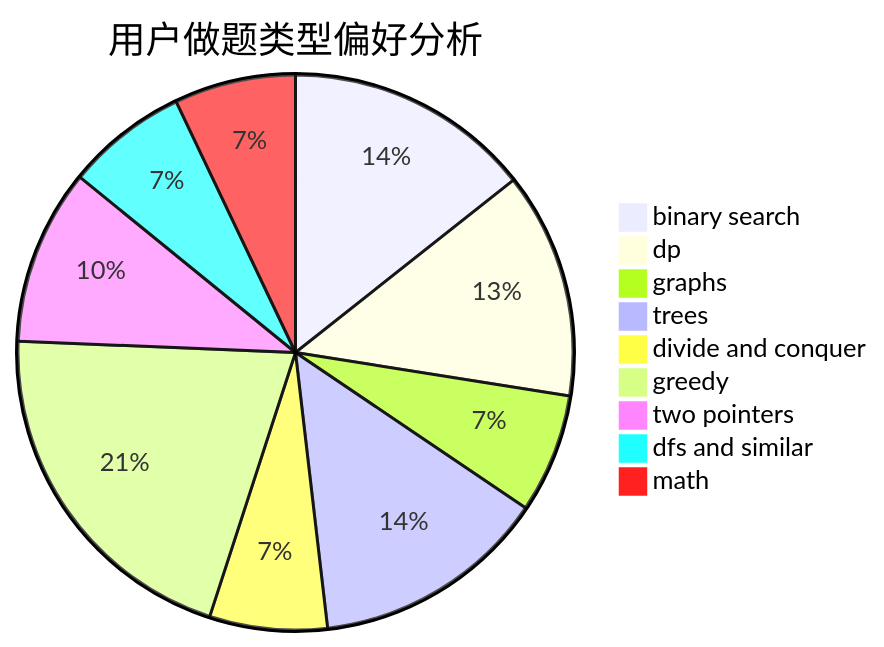
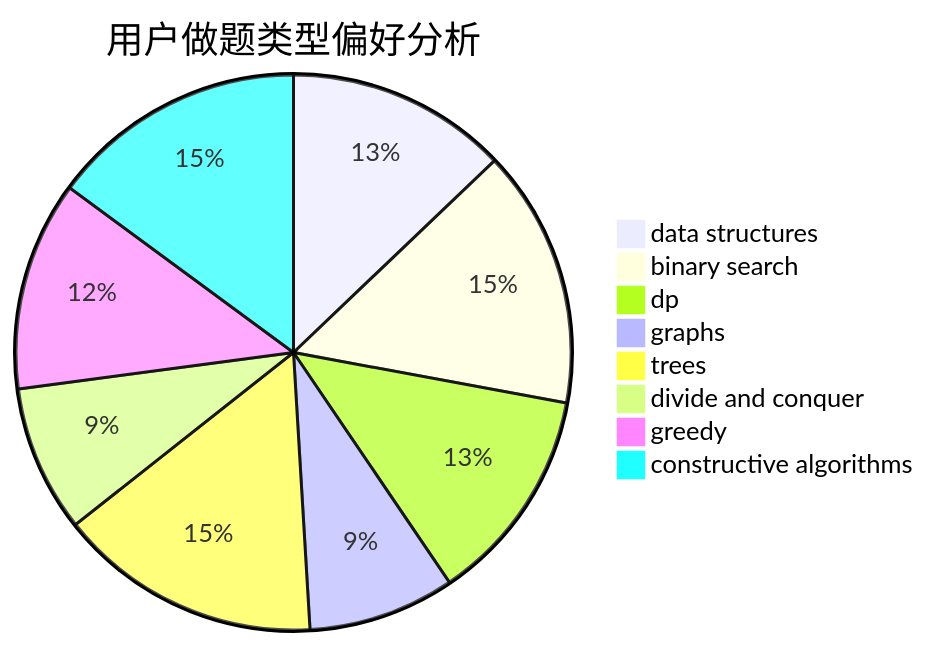
Before and after one commit to sherpahu/cfrs.github.io: the second of 3 diagrams in docs/user/u398.md, drawn with Mermaid. The commit also changed other lines of this file and 2775 other files, not shown here.

````diff
--- a/docs/user/u398.md
+++ b/docs/user/u398.md
@@ -23,12 +23,11 @@
 ```mermaid
 pie title 用户做题类型偏好分析
-    "binary search" :  132
-    "dp" :  121
-    "graphs" :  64
-    "trees" :  126
+    "data structures" :  95
+    "binary search" :  111
+    "dp" :  93
+    "graphs" :  63
+    "trees" :  113
     "divide and conquer" :  63
-    "greedy" :  190
-    "two pointers" :  94
-    "dfs and similar" :  65
-    "math" :  65
+    "greedy" :  90
+    "constructive algorithms" :  110
 ```
````
